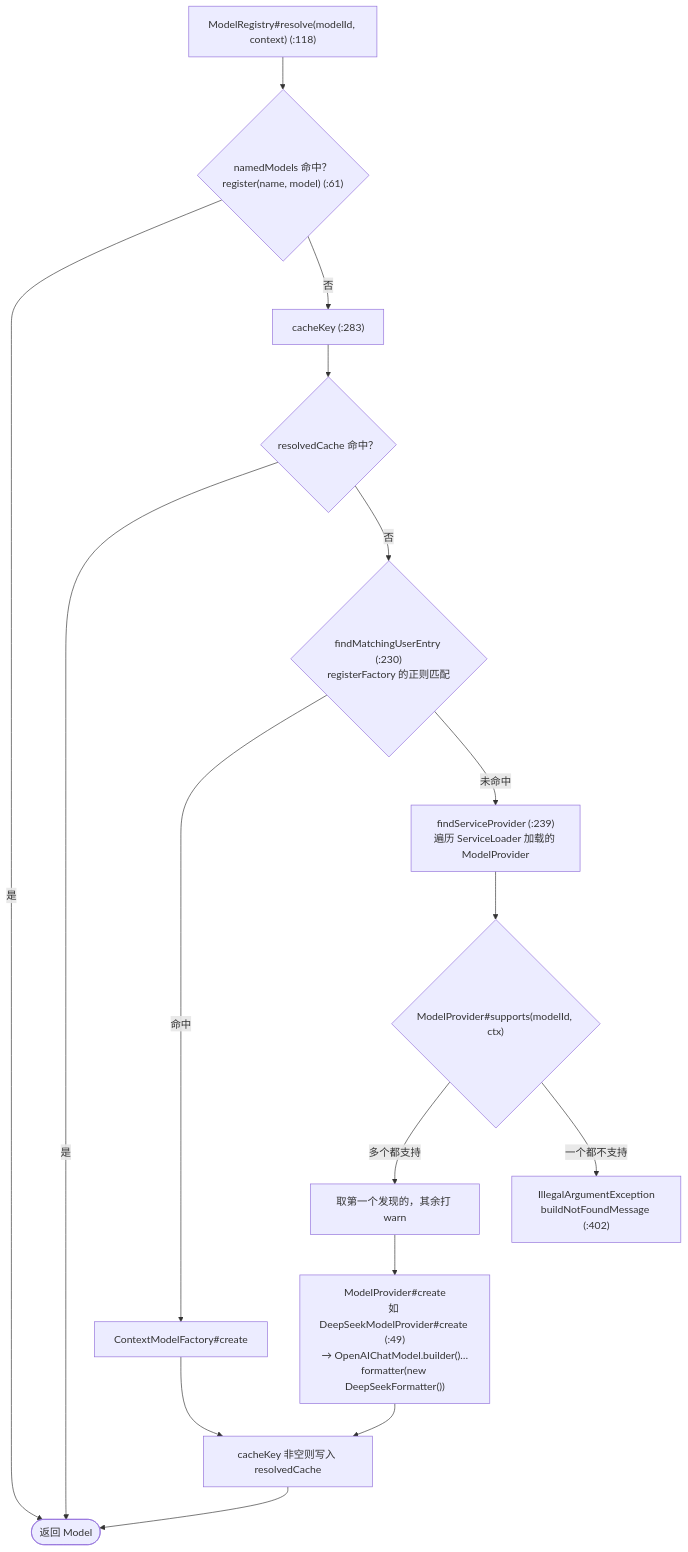
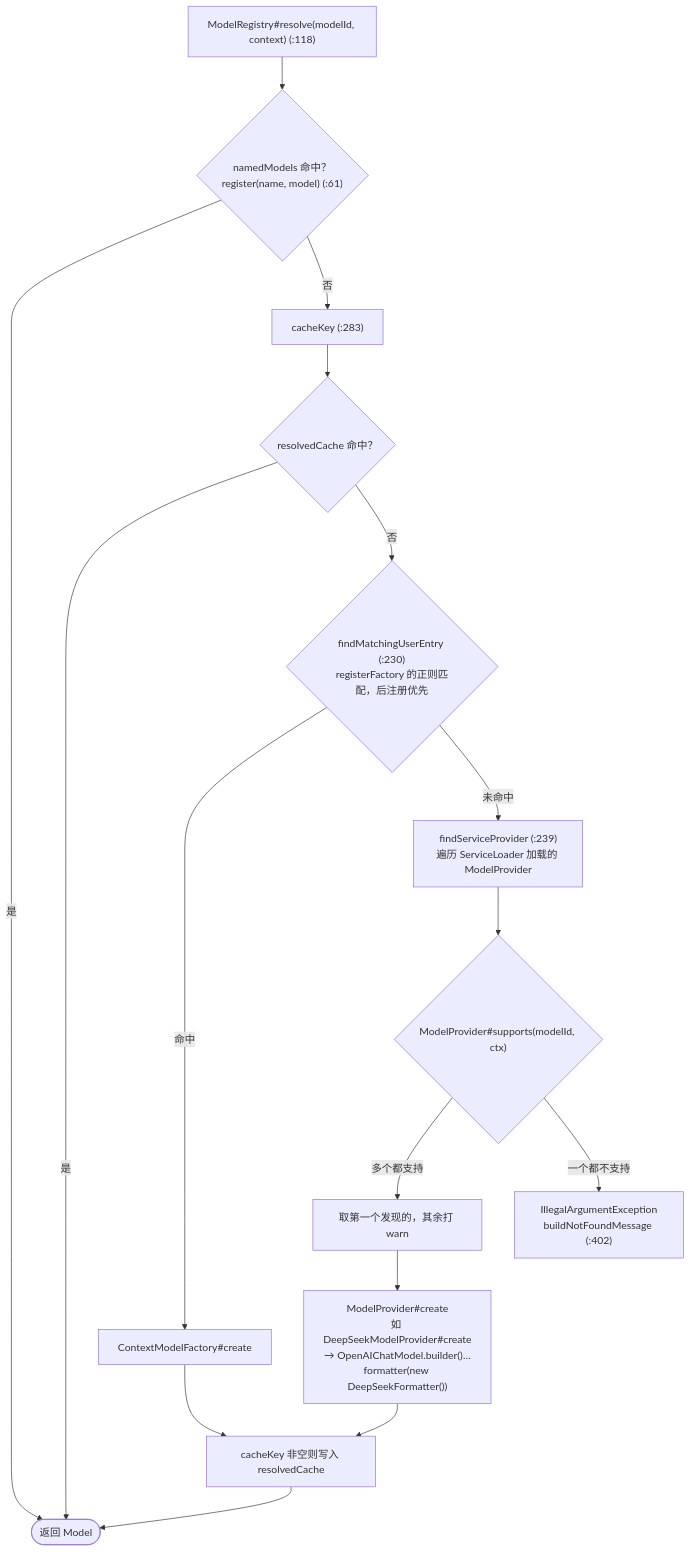
One commit to liulangjietou/AgentScope-source-analysis changed the third of 4 diagrams in 05-模型层.md. Above: the diagram before and after it, drawn with Mermaid. The commit also changed other lines of this file, not shown here.

Commit message:
docs(ch05): sync model layer to upstream main 91550713

````diff
--- a/05-模型层.md
+++ b/05-模型层.md
@@ -173,18 +183,18 @@
 ```mermaid
 flowchart TB
     R["ModelRegistry#resolve(modelId, context) (:118)"] --> N{"namedModels 命中？<br/>register(name, model) (:61)"}
     N -->|"是"| RET(["返回 Model"])
     N -->|"否"| CK["cacheKey (:283)"]
     CK --> CACHE{"resolvedCache 命中？"}
     CACHE -->|"是"| RET
-    CACHE -->|"否"| UF{"findMatchingUserEntry (:230)<br/>registerFactory 的正则匹配"}
+    CACHE -->|"否"| UF{"findMatchingUserEntry (:230)<br/>registerFactory 的正则匹配，后注册优先"}
     UF -->|"命中"| FC["ContextModelFactory#create"]
     UF -->|"未命中"| SP["findServiceProvider (:239)<br/>遍历 ServiceLoader 加载的 ModelProvider"]
     SP --> SUP{"ModelProvider#supports(modelId, ctx)"}
     SUP -->|"多个都支持"| FIRST["取第一个发现的，其余打 warn"]
     SUP -->|"一个都不支持"| NF["IllegalArgumentException<br/>buildNotFoundMessage (:402)"]
-    FIRST --> PC["ModelProvider#create<br/>如 DeepSeekModelProvider#create (:49)<br/>→ OpenAIChatModel.builder()…formatter(new DeepSeekFormatter())"]
+    FIRST --> PC["ModelProvider#create<br/>如 DeepSeekModelProvider#create<br/>→ OpenAIChatModel.builder()…formatter(new DeepSeekFormatter())"]
     FC --> PUT["cacheKey 非空则写入 resolvedCache"]
     PC --> PUT
     PUT --> RET
 ```
````
